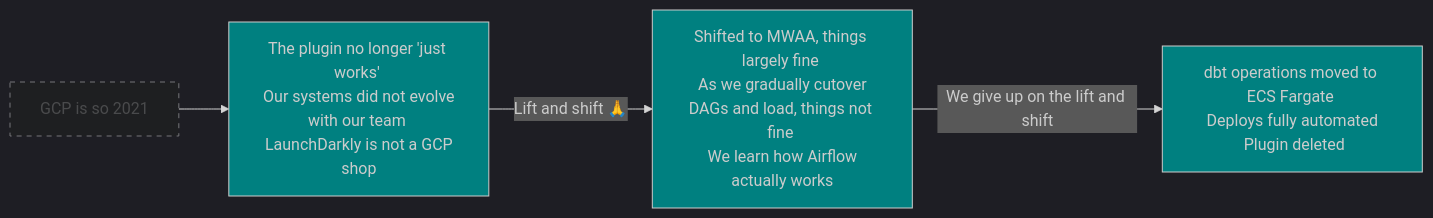
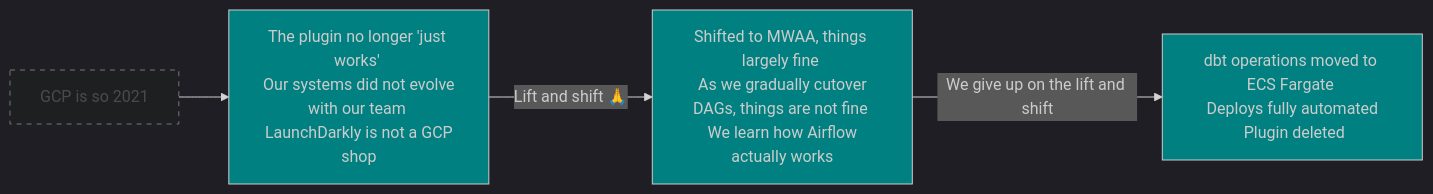
The fifth of 6 diagrams in slides.md (verhey/dbt-meetup-slides), drawn with Mermaid before and after one commit. The commit also changed other lines of this file, not shown here.

````diff
--- a/slides.md
+++ b/slides.md
@@ -487,12 +498,12 @@
 ```mermaid
 %%{init: {'theme':'dark'}}%%
 flowchart LR
    A[GCP is so 2021]:::inactive
    --> B[The plugin no longer 'just works' \n Our systems did not evolve with our team \n LaunchDarkly is not a GCP shop]:::active
    -- "Lift and shift 🙏"
-   --> C[Shifted to MWAA, things largely fine \n As we gradually cutover DAGs and load, things not fine \n We learn how Airflow actually works]:::active
+   --> C[Shifted to MWAA, things largely fine \n As we gradually cutover DAGs, things are not fine \n We learn how Airflow actually works]:::active
    -- We give up on the lift and shift
    --> D[dbt operations moved to ECS Fargate \n Deploys fully automated \n Plugin deleted]:::active
     classDef active fill:teal
     classDef inactive opacity:50%,stroke-dasharray: 5 5
 ```
````
